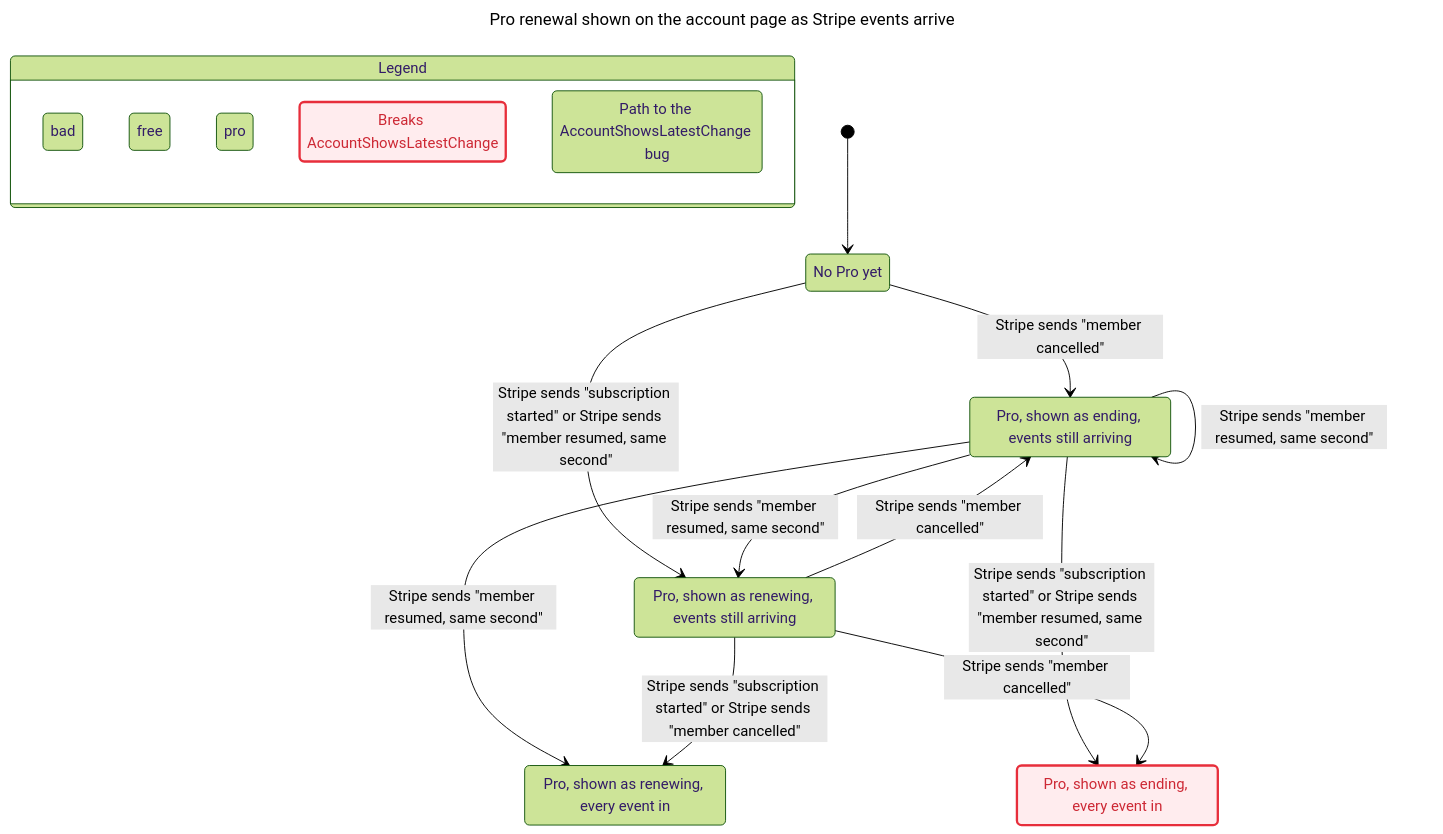
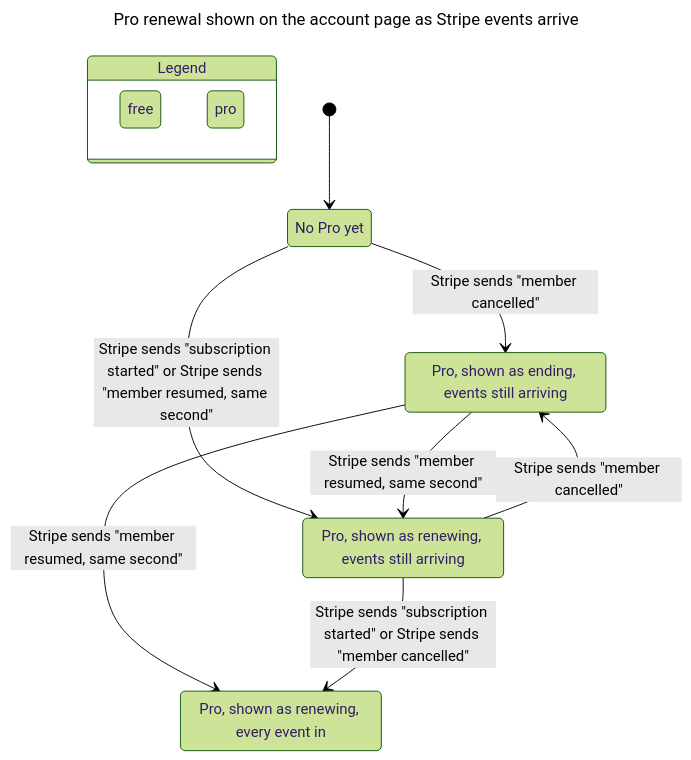
One commit to rowlandekemezie/gatechange changed the diagram in verify/tla/server-billing-webhook/chart.mmd. Above: the diagram before and after it, drawn with Mermaid (forest theme). The commit also changed 4 other files, not shown here.

First line of the commit message:
fix(billing): rank a same-second resume above the cancel it undoes

```diff
--- a/verify/tla/server-billing-webhook/chart.mmd
+++ b/verify/tla/server-billing-webhook/chart.mmd
@@ -1,41 +1,25 @@
 ---
 title: "Pro renewal shown on the account page as Stripe events arrive"
 ---
 stateDiagram-v2
   state "Legend" as legend {
-    lg0: bad
-    lg1: free
-    lg2: pro
-    lg3: Breaks AccountShowsLatestChange
-    lg4: Path to the AccountShowsLatestChange bug
+    lg0: free
+    lg1: pro
   }
-  class lg0 pink
-  class lg1 tan
-  class lg2 blue
-  class lg3 breaks
-  class lg4 bugPath
+  class lg0 tan
+  class lg1 blue
   s0: No Pro yet
   s1: Pro, shown as ending, events still arriving
   s2: Pro, shown as renewing, events still arriving
-  s3: Pro, shown as ending, every event in
-  s4: Pro, shown as renewing, every event in
+  s3: Pro, shown as renewing, every event in
   [*] --> s0
   s0 --> s1: Stripe sends "member cancelled"
   s0 --> s2: Stripe sends "subscription started" or Stripe sends "member resumed, same second"
   s1 --> s2: Stripe sends "member resumed, same second"
-  s1 --> s1: Stripe sends "member resumed, same second"
   s2 --> s1: Stripe sends "member cancelled"
-  s1 --> s4: Stripe sends "member resumed, same second"
-  s1 --> s3: Stripe sends "subscription started" or Stripe sends "member resumed, same second"
-  s2 --> s4: Stripe sends "subscription started" or Stripe sends "member cancelled"
-  s2 --> s3: Stripe sends "member cancelled"
-  classDef breaks fill:#ffecee,stroke:#e72e3b,stroke-width:2.5px,color:#cd2834
+  s1 --> s3: Stripe sends "member resumed, same second"
+  s2 --> s3: Stripe sends "subscription started" or Stripe sends "member cancelled"
   class s0 tan
-  class s0 bugPath
   class s1 blue
-  class s1 bugPath
   class s2 blue
-  class s3 pink
-  class s3 breaks
-  class s3 bugPath
-  class s4 blue
+  class s3 blue
```
